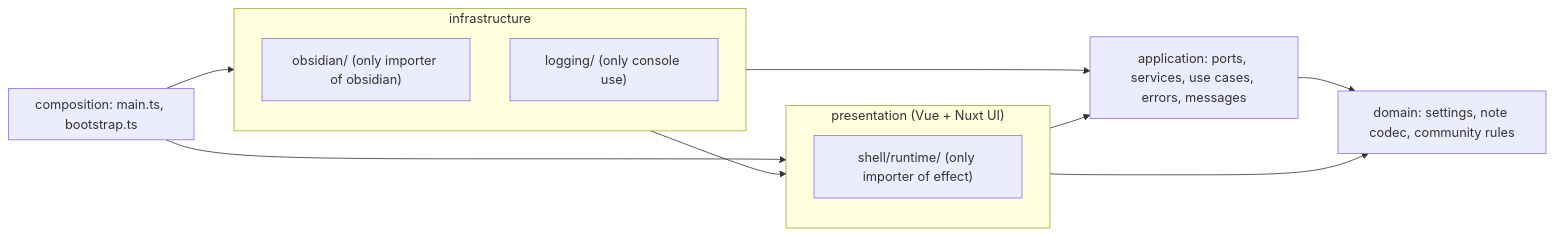
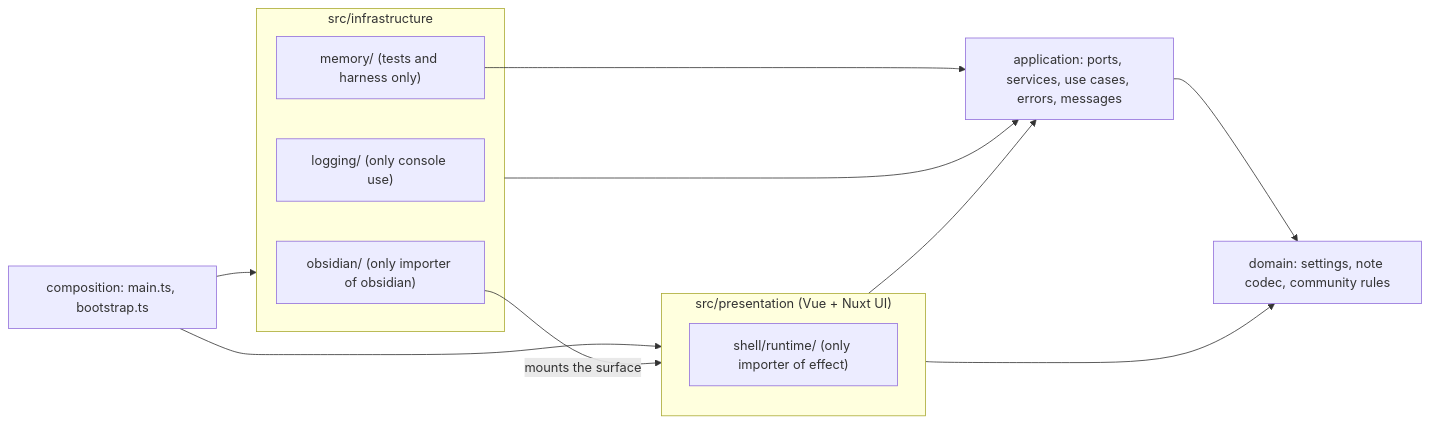
The first of 5 diagrams in docs/engineering/architecture.md (Luis85/weg-manager), drawn with Mermaid before and after one commit. The commit also changed other lines of this file and 21 other files, not shown here.

````diff
--- a/docs/engineering/architecture.md
+++ b/docs/engineering/architecture.md
@@ -5,22 +9,23 @@
 ```mermaid
 flowchart LR
-  subgraph composition["composition: main.ts, bootstrap.ts"]
-  end
-  subgraph infra["infrastructure"]
+  composition["composition: main.ts, bootstrap.ts"]
+  subgraph infra["src/infrastructure"]
     obs["obsidian/ (only importer of obsidian)"]
     logging["logging/ (only console use)"]
+    memory["memory/ (tests and harness only)"]
   end
-  subgraph pres["presentation (Vue + Nuxt UI)"]
+  subgraph pres["src/presentation (Vue + Nuxt UI)"]
     rt["shell/runtime/ (only importer of effect)"]
   end
   app["application: ports, services, use cases, errors, messages"]
   dom["domain: settings, note codec, community rules"]
 
   composition --> infra
   composition --> pres
-  infra --> pres
+  obs -->|"mounts the surface"| pres
   infra --> app
   pres --> app
+  memory --> app
   app --> dom
   pres --> dom
 ```
````
